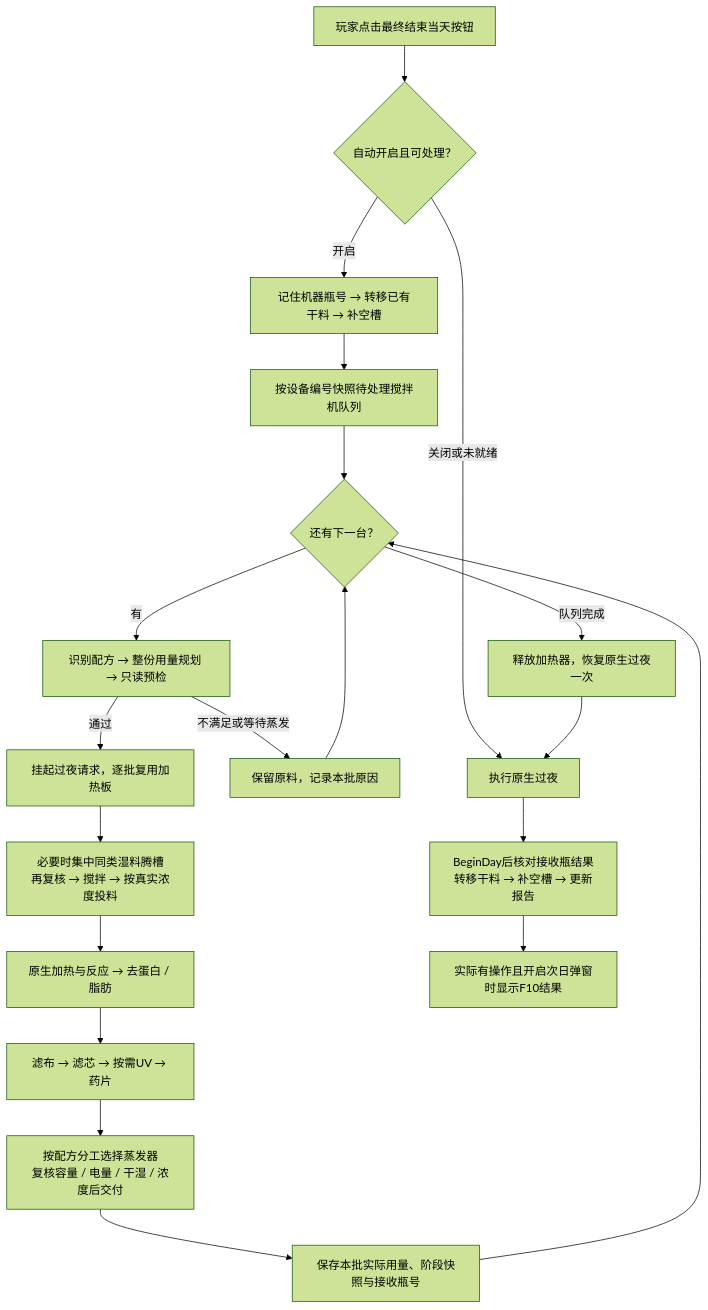
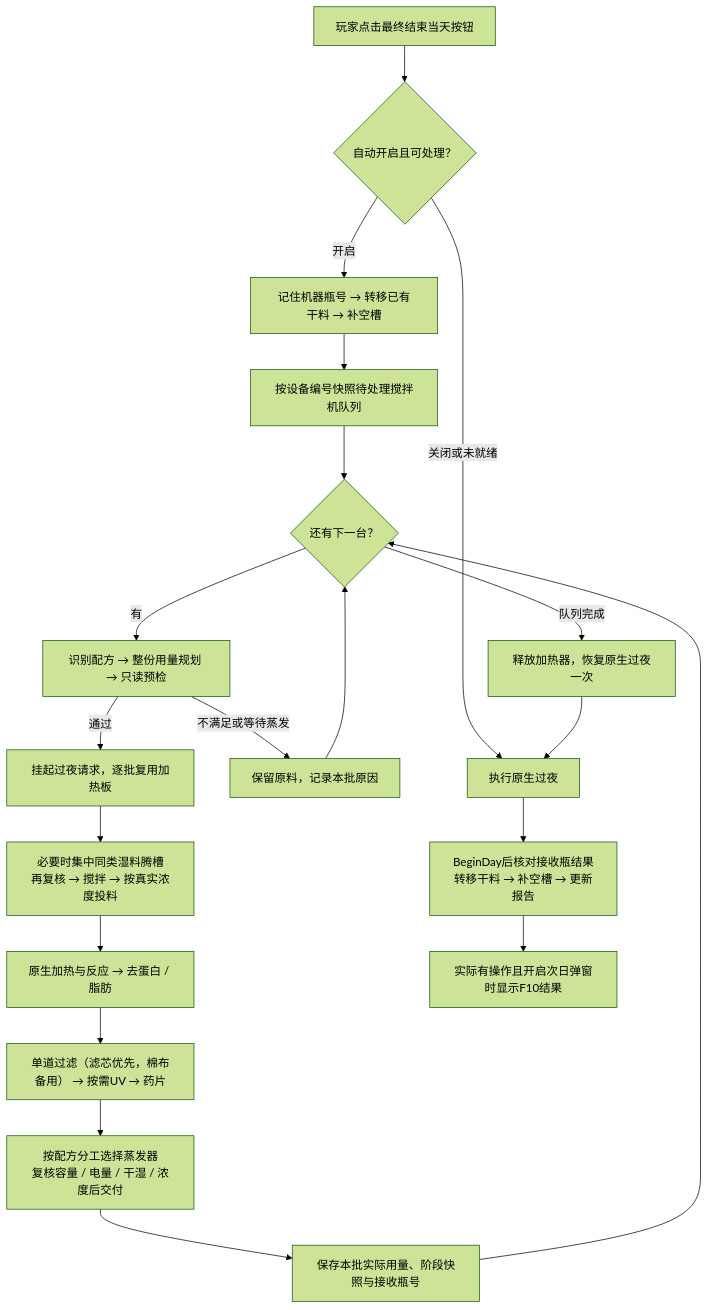
One commit to KarlWang86/Probably-Stolen-ChemAssistPlus changed the second of 2 diagrams in docs/ARCHITECTURE.md. Above: the diagram before and after it, drawn with Mermaid (forest theme). The commit also changed other lines of this file and 18 other files, not shown here.

````diff
--- a/docs/ARCHITECTURE.md
+++ b/docs/ARCHITECTURE.md
@@ -71,22 +71,22 @@
 ```mermaid
 flowchart TD
     Click["玩家点击最终结束当天按钮"] --> Gate{"自动开启且可处理？"}
     Gate -->|关闭或未就绪| Night["执行原生过夜"]
     Gate -->|开启| Bottles["记住机器瓶号 → 转移已有干料 → 补空槽"]
     Bottles --> Queue["按设备编号快照待处理搅拌机队列"]
     Queue --> Next{"还有下一台？"}
     Next -->|有| Pre["识别配方 → 整份用量规划 → 只读预检"]
     Pre -->|不满足或等待蒸发| Skip["保留原料，记录本批原因"]
     Skip --> Next
     Pre -->|通过| Hold["挂起过夜请求，逐批复用加热板"]
     Hold --> Prepare["必要时集中同类湿料腾槽<br/>再复核 → 搅拌 → 按真实浓度投料"]
     Prepare --> React["原生加热与反应 → 去蛋白 / 脂肪"]
-    React --> Filter["滤布 → 滤芯 → 按需UV → 药片"]
+    React --> Filter["单道过滤（滤芯优先，棉布备用） → 按需UV → 药片"]
     Filter --> Deliver["按配方分工选择蒸发器<br/>复核容量 / 电量 / 干湿 / 浓度后交付"]
     Deliver --> Snapshot["保存本批实际用量、阶段快照与接收瓶号"]
     Snapshot --> Next
     Next -->|队列完成| Resume["释放加热器，恢复原生过夜一次"]
     Resume --> Night
     Night --> Morning["BeginDay后核对接收瓶结果<br/>转移干料 → 补空槽 → 更新报告"]
     Morning --> Popup["实际有操作且开启次日弹窗时显示F10结果"]
 ```
````
